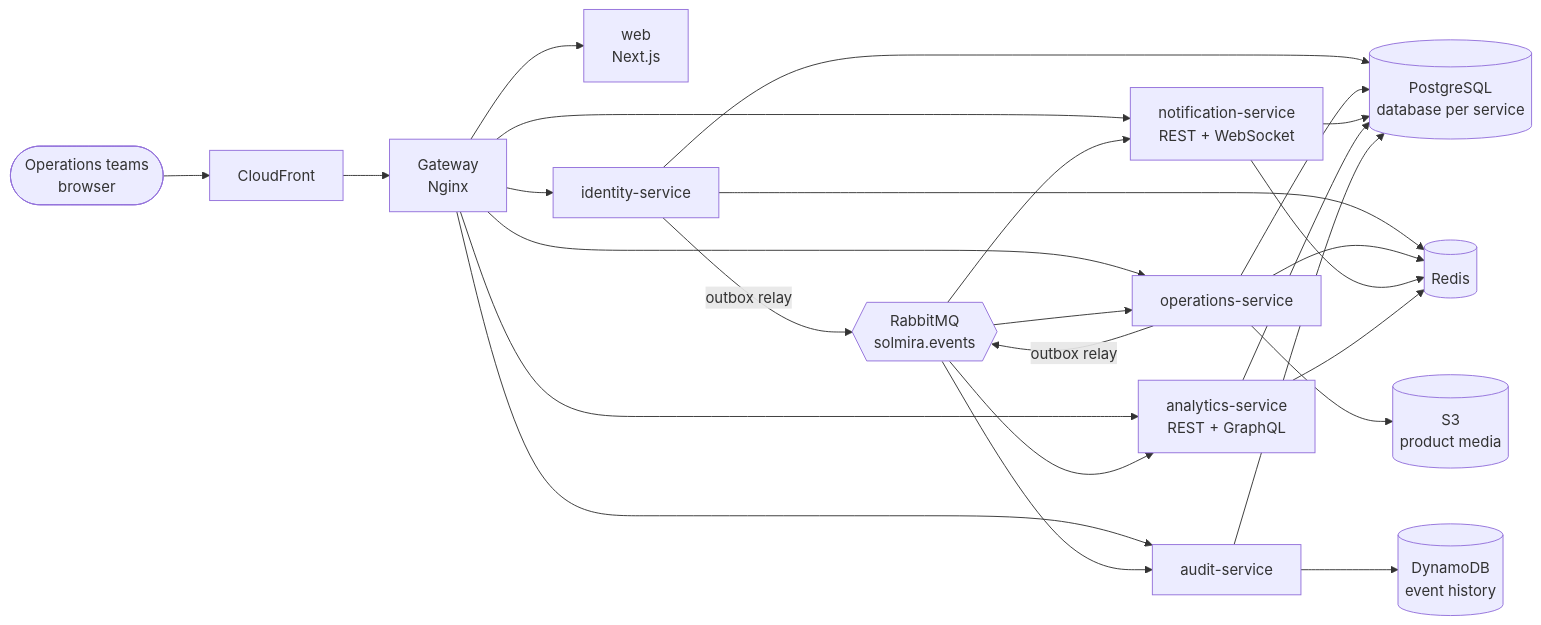
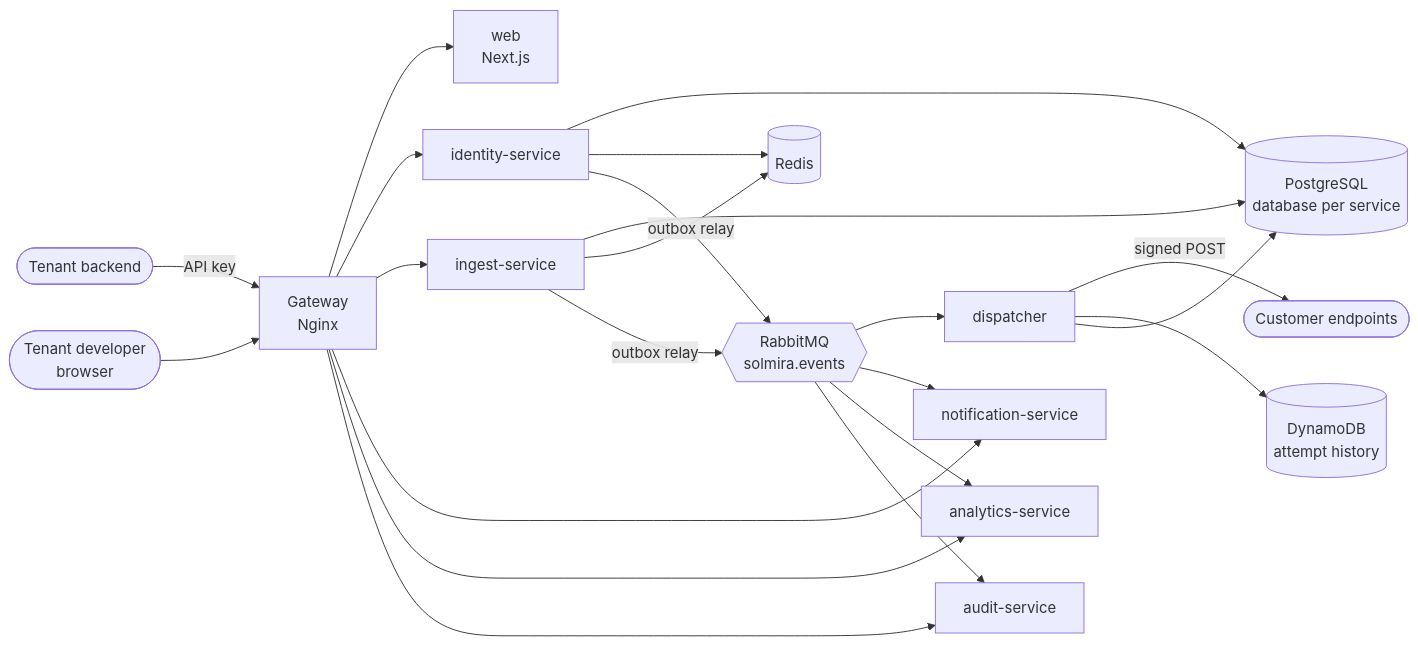
The first of 3 diagrams in ARCHITECTURE.md (rahmanmostafijur/solmira), drawn with Mermaid before and after one commit. The commit also changed other lines of this file and 16 other files, not shown here.

First line of the commit message:
docs: rewrite README, architecture, development, security and API docs for the webhook platform

````diff
--- a/ARCHITECTURE.md
+++ b/ARCHITECTURE.md
@@ -12,18 +12,20 @@
 ```mermaid
 flowchart LR
-  user([Operations teams<br/>browser]) --> cdn[CloudFront]
-  cdn --> gw[Gateway<br/>Nginx]
+  tenant([Tenant backend]) -- "API key" --> gw[Gateway<br/>Nginx]
+  dev([Tenant developer<br/>browser]) --> gw
   gw --> web[web<br/>Next.js]
   gw --> id[identity-service]
-  gw --> ops[operations-service]
-  gw --> ntf[notification-service<br/>REST + WebSocket]
-  gw --> ana[analytics-service<br/>REST + GraphQL]
+  gw --> ing[ingest-service]
+  gw --> ntf[notification-service]
+  gw --> ana[analytics-service]
   gw --> aud[audit-service]
 
-  id & ops & ntf & ana & aud --> pg[(PostgreSQL<br/>database per service)]
-  id & ops & ntf & ana --> redis[(Redis)]
-  id & ops -- outbox relay --> mq{{RabbitMQ<br/>solmira.events}}
-  mq --> ops & ntf & ana & aud
-  aud --> ddb[(DynamoDB<br/>event history)]
-  ops --> s3[(S3<br/>product media)]
+  id & ing --> pg[(PostgreSQL<br/>database per service)]
+  ing & id --> redis[(Redis)]
+  id & ing -- outbox relay --> mq{{RabbitMQ<br/>solmira.events}}
+  mq --> disp[dispatcher]
+  mq --> ntf & ana & aud
+  disp -- "signed POST" --> recv([Customer endpoints])
+  disp --> ddb[(DynamoDB<br/>attempt history)]
+  disp --> pg
 ```
````
